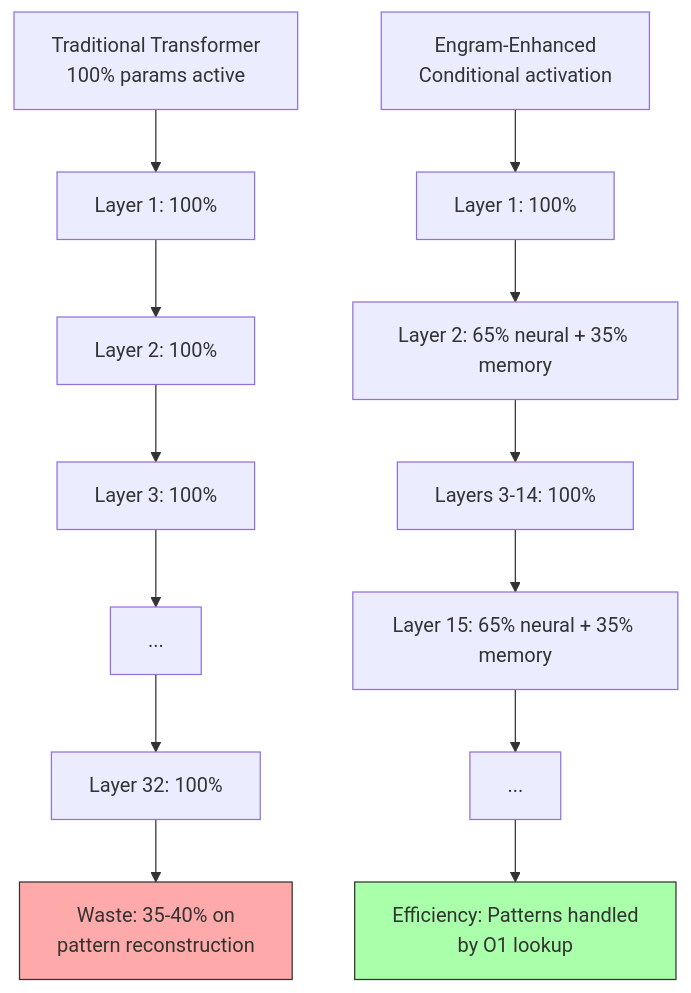
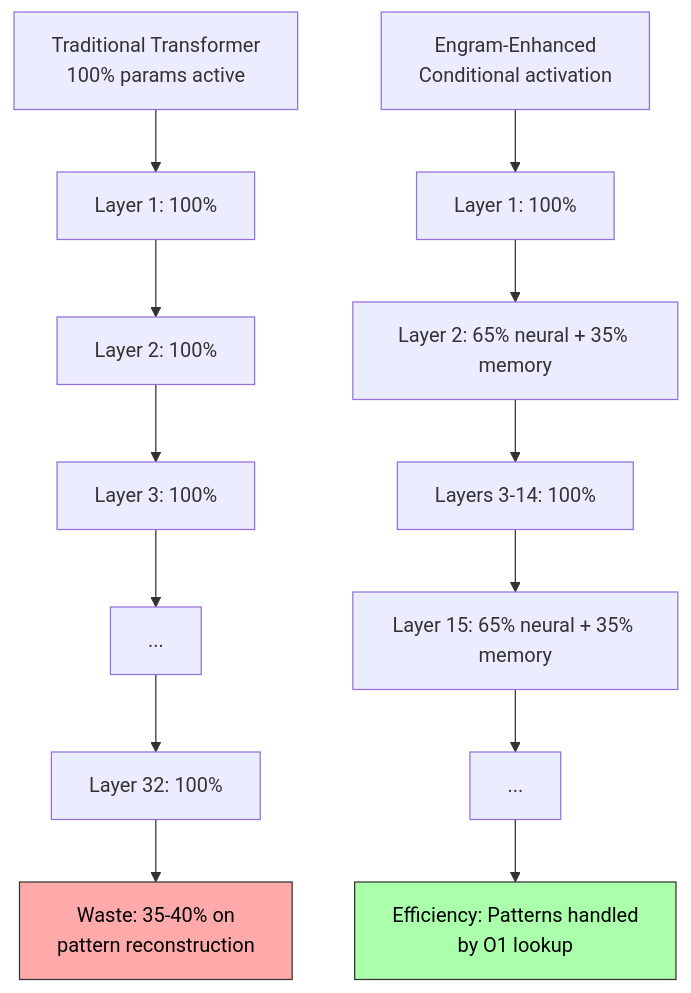
Before and after one commit to rsrini7/Learnings: diagram 14 of 22 in Papers/Deepseek-Engram.md, drawn with Mermaid. The commit also changed other lines of this file, not shown here.

Commit message:
mermaid diagram text color updated

````diff
--- a/Papers/Deepseek-Engram.md
+++ b/Papers/Deepseek-Engram.md
@@ -797,20 +796,20 @@
 ```mermaid
 graph TD
     A[Traditional Transformer<br/>100% params active] --> B[Layer 1: 100%]
     B --> C[Layer 2: 100%]
     C --> D[Layer 3: 100%]
     D --> E[...]
     E --> F[Layer 32: 100%]
     
     G[Engram-Enhanced<br/>Conditional activation] --> H[Layer 1: 100%]
     H --> I[Layer 2: 65% neural + 35% memory]
     I --> J[Layers 3-14: 100%]
     J --> K[Layer 15: 65% neural + 35% memory]
     K --> L[...]
     
     F --> M[Waste: 35-40% on<br/>pattern reconstruction]
     L --> N[Efficiency: Patterns handled<br/>by O1 lookup]
     
-    style M fill:#faa,stroke:#333
-    style N fill:#afa,stroke:#333
+    style M fill:#faa,stroke:#333,color:#000
+    style N fill:#afa,stroke:#333,color:#000
 ```
````
